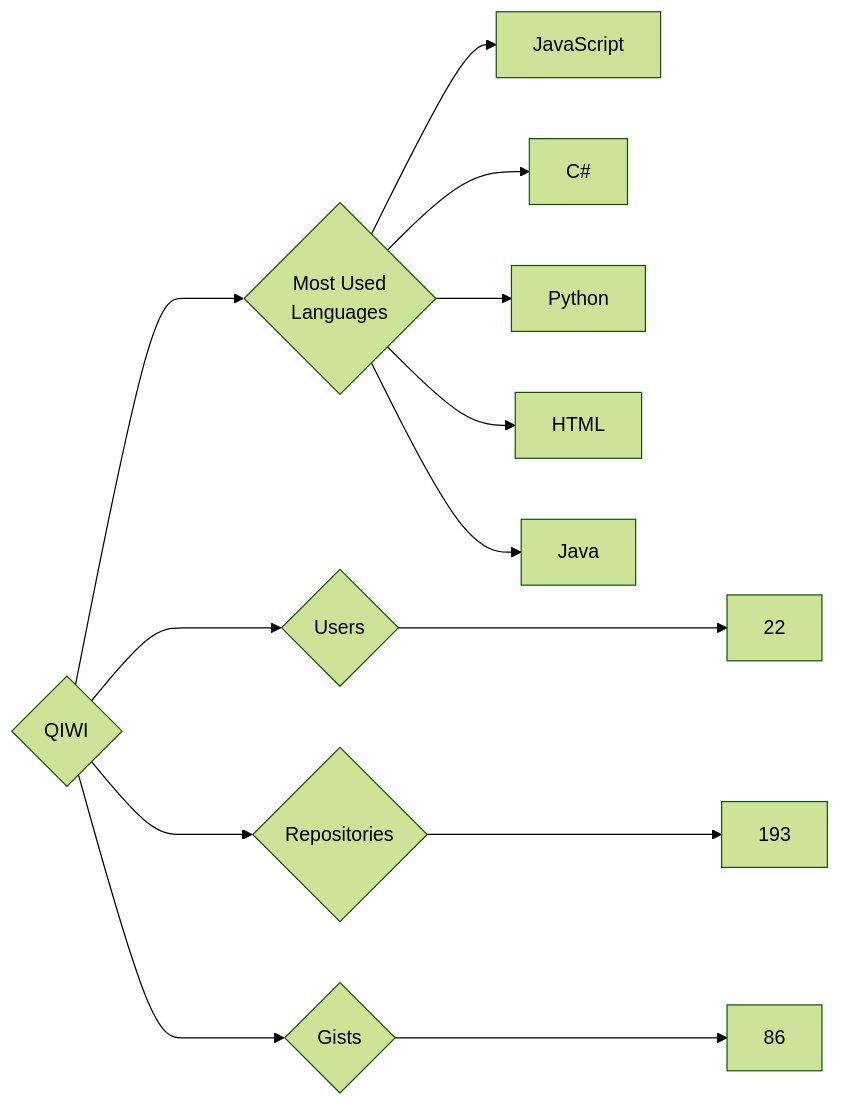
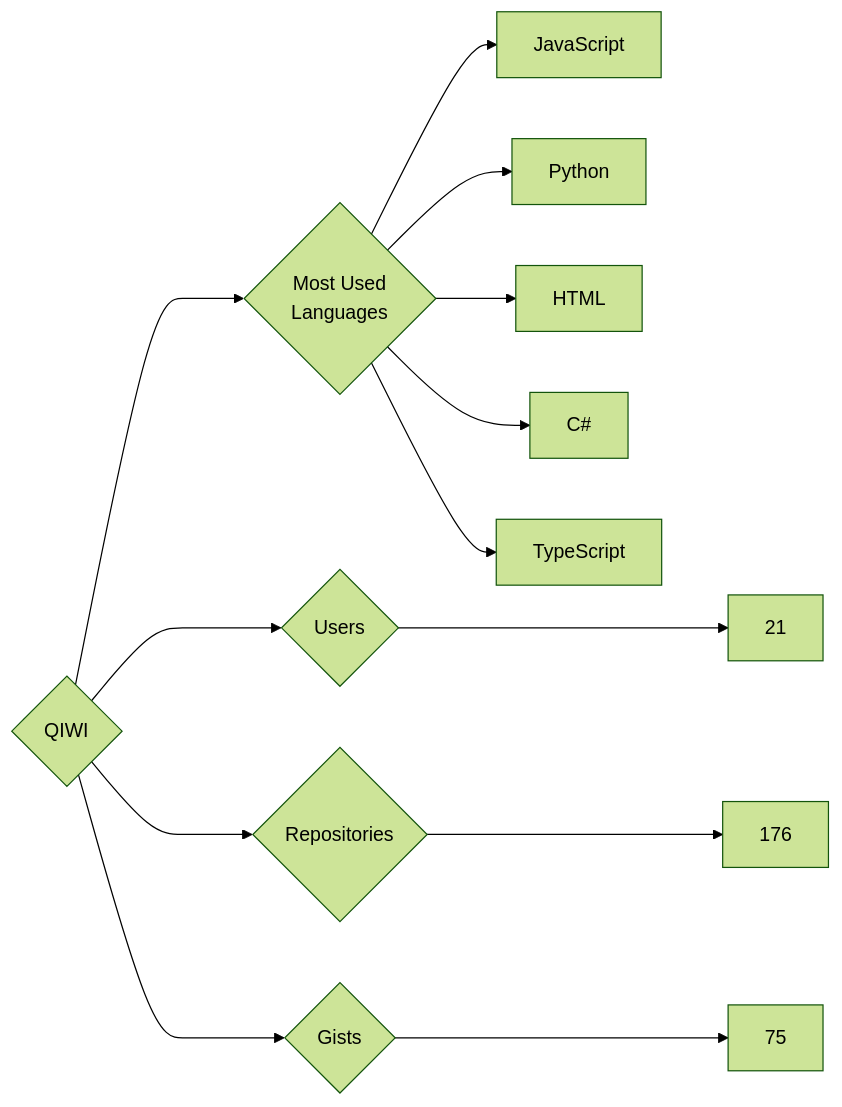
The diagram in targets/QIWI/README.md (trickest/insiders), drawn with Mermaid (forest theme) before and after one commit. The commit also changed 886 other files, not shown here.

````diff
--- a/targets/QIWI/README.md
+++ b/targets/QIWI/README.md
@@ -3,13 +3,13 @@
 ```mermaid
 graph LR
 COMPANY_NAME{QIWI}
-COMPANY_NAME ---> U{Users} ---> UN[22]
-COMPANY_NAME ---> R{Repositories} ---> RN[193]
-COMPANY_NAME ---> G{Gists} ---> GN[86]
+COMPANY_NAME ---> U{Users} ---> UN[21]
+COMPANY_NAME ---> R{Repositories} ---> RN[176]
+COMPANY_NAME ---> G{Gists} ---> GN[75]
 COMPANY_NAME ---> ML{Most Used<br>Languages}
 ML --> JavaScript[JavaScript]
-ML --> C#[C#]
 ML --> Python[Python]
 ML --> HTML[HTML]
-ML --> Java[Java]
+ML --> C#[C#]
+ML --> TypeScript[TypeScript]
 ```
````
